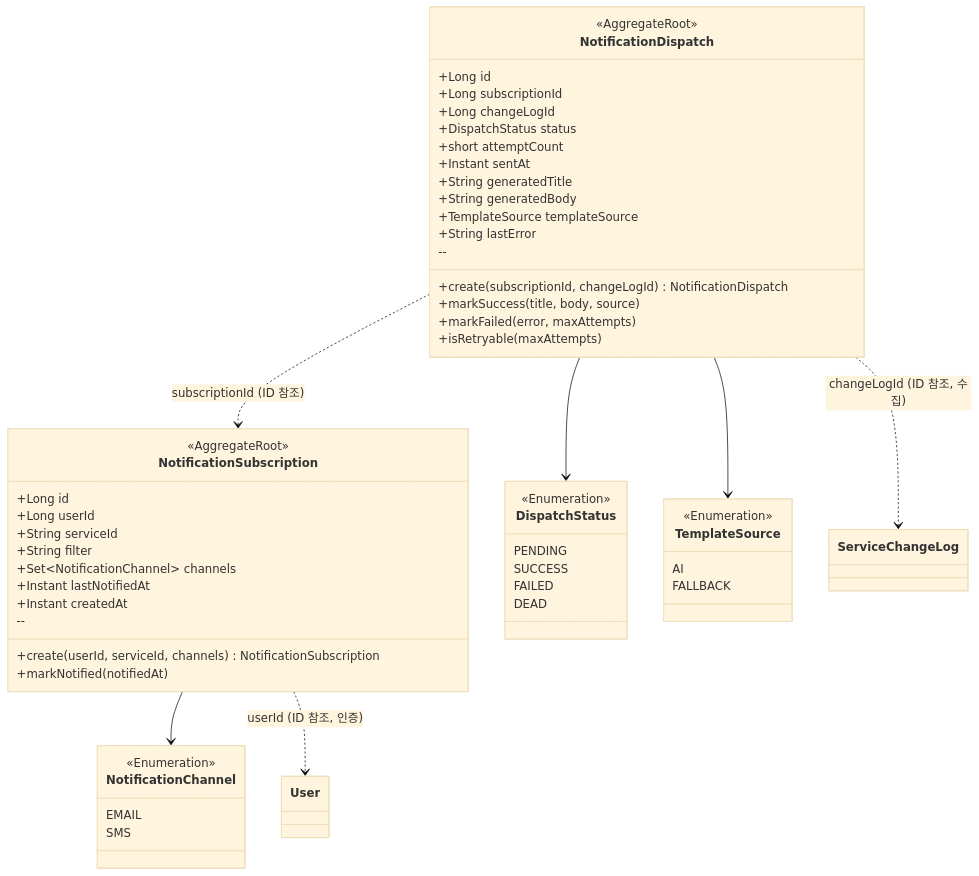
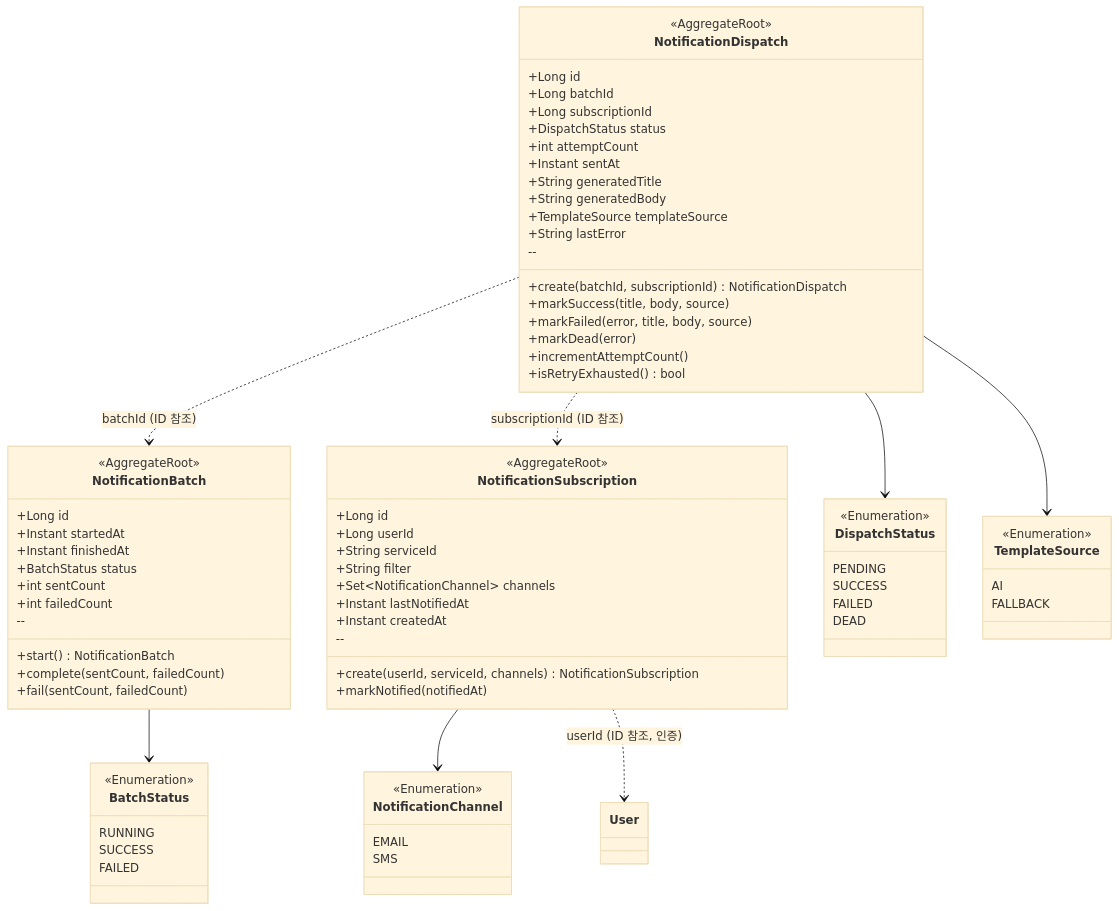
The fifth of 8 diagrams in docs/domain-model.md (f-lab-edu/on-seoul), drawn with Mermaid (base theme) before and after one commit. The commit also changed other lines of this file and 2 other files, not shown here.

````diff
--- a/docs/domain-model.md
+++ b/docs/domain-model.md
@@ -291,29 +289,52 @@
         +markNotified(notifiedAt)
     }
 
+    class NotificationBatch {
+        <<AggregateRoot>>
+        +Long id
+        +Instant startedAt
+        +Instant finishedAt
+        +BatchStatus status
+        +int sentCount
+        +int failedCount
+        --
+        +start() NotificationBatch
+        +complete(sentCount, failedCount)
+        +fail(sentCount, failedCount)
+    }
+
     class NotificationDispatch {
         <<AggregateRoot>>
         +Long id
+        +Long batchId
         +Long subscriptionId
-        +Long changeLogId
         +DispatchStatus status
-        +short attemptCount
+        +int attemptCount
         +Instant sentAt
         +String generatedTitle
         +String generatedBody
         +TemplateSource templateSource
         +String lastError
         --
-        +create(subscriptionId, changeLogId) NotificationDispatch
+        +create(batchId, subscriptionId) NotificationDispatch
         +markSuccess(title, body, source)
-        +markFailed(error, maxAttempts)
-        +isRetryable(maxAttempts)
+        +markFailed(error, title, body, source)
+        +markDead(error)
+        +incrementAttemptCount()
+        +isRetryExhausted() bool
     }
 
     class NotificationChannel {
         <<Enumeration>>
         EMAIL
         SMS
+    }
+
+    class BatchStatus {
+        <<Enumeration>>
+        RUNNING
+        SUCCESS
+        FAILED
     }
 
     class DispatchStatus {
@@ -331,9 +352,10 @@
     }
 
     NotificationSubscription --> NotificationChannel
+    NotificationBatch --> BatchStatus
     NotificationDispatch --> DispatchStatus
     NotificationDispatch --> TemplateSource
+    NotificationDispatch ..> NotificationBatch : batchId (ID 참조)
     NotificationDispatch ..> NotificationSubscription : subscriptionId (ID 참조)
     NotificationSubscription ..> User : userId (ID 참조, 인증)
-    NotificationDispatch ..> ServiceChangeLog : changeLogId (ID 참조, 수집)
 ```
````
